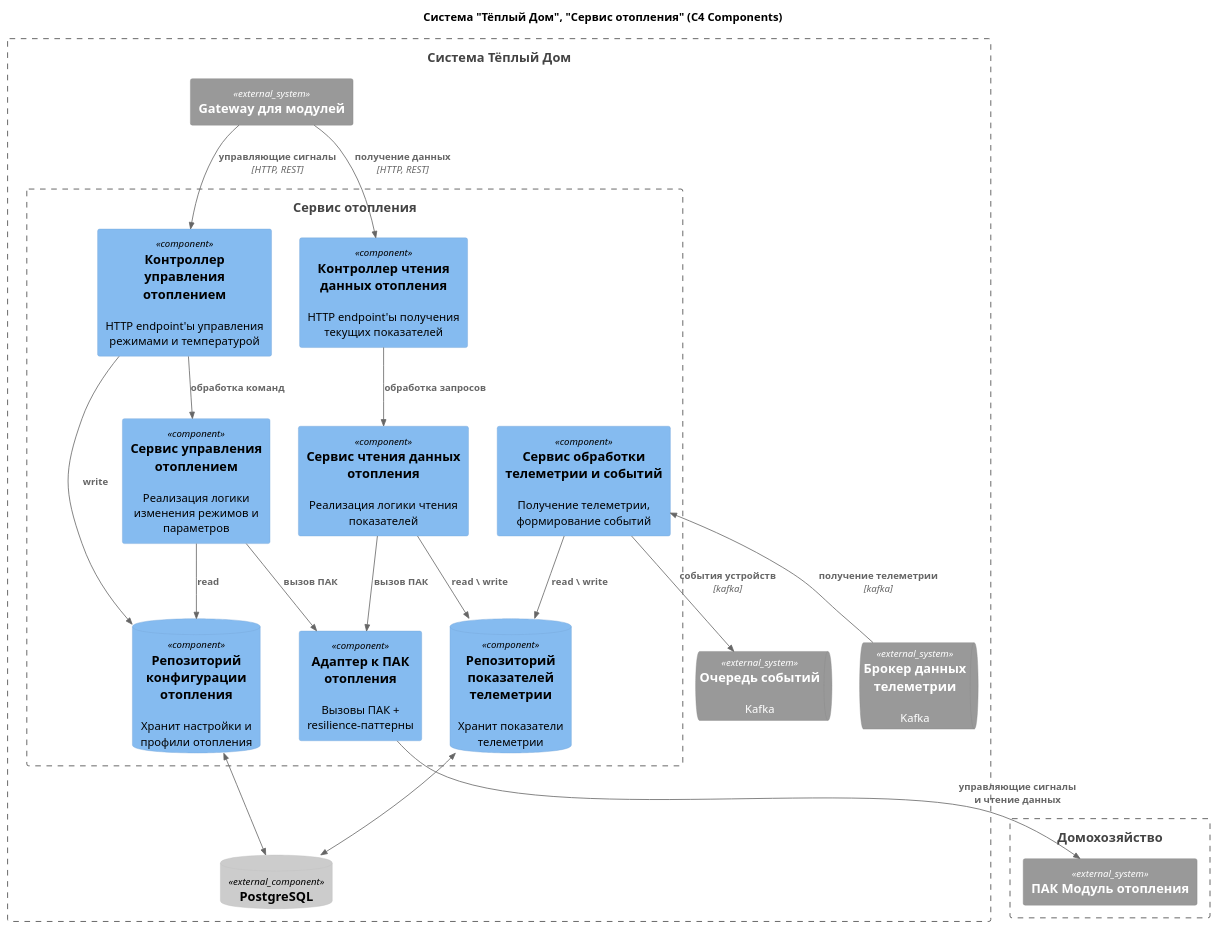
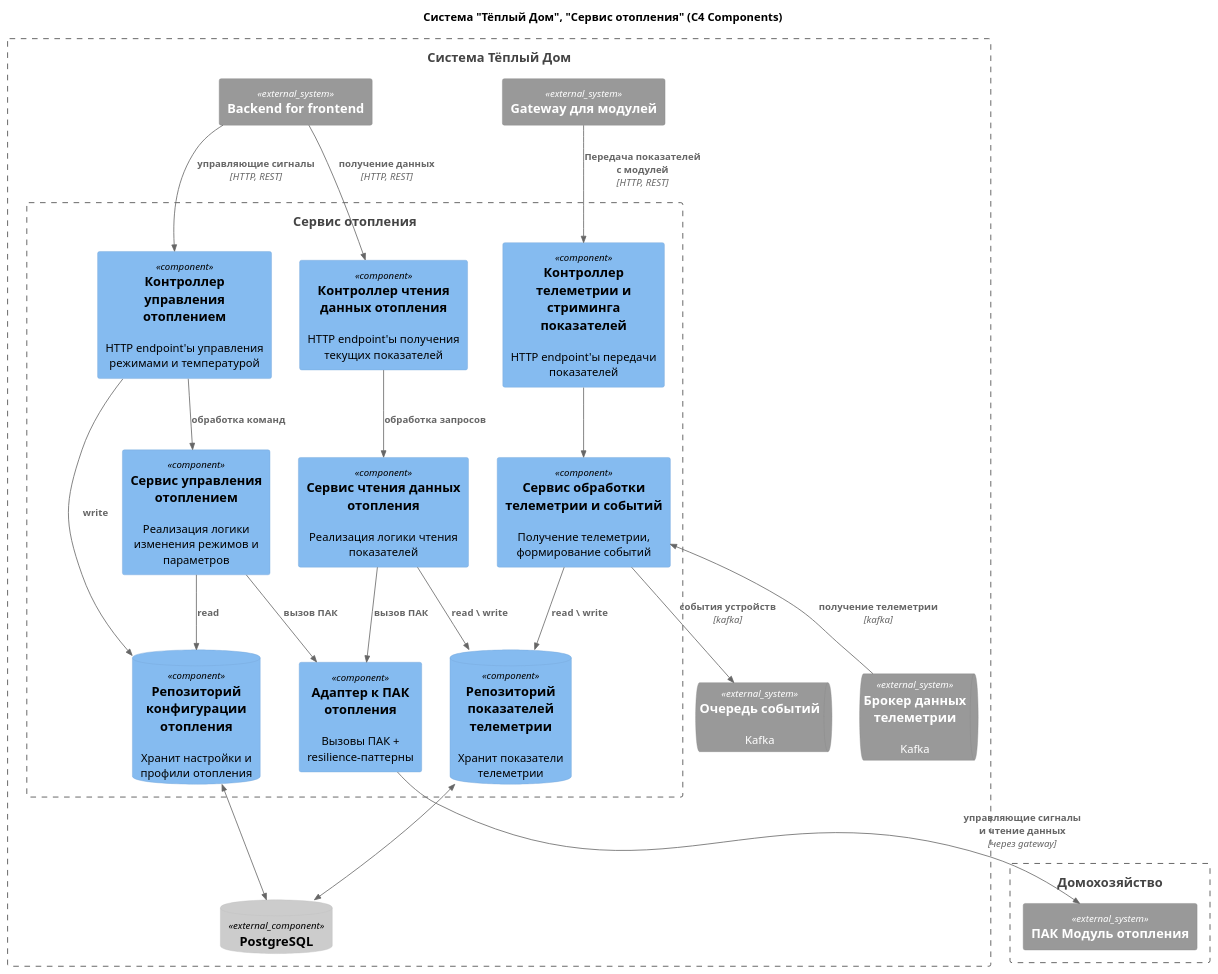
Before and after one commit to kalach77rus/warmhouse: the diagram in schemas/components/WarmHouse_Components_heat.puml, drawn with PlantUML. The commit also changed 1 other file, not shown here.

```diff
--- a/schemas/components/WarmHouse_Components_heat.puml
+++ b/schemas/components/WarmHouse_Components_heat.puml
@@ -1,52 +1,56 @@
 @startuml warmhouse heat components diagram
 !include ../assets/C4_templates/C4_Component.puml
 
 title Система "Тёплый Дом", "Сервис отопления" (C4 Components)
 
 Boundary(main, "Система Тёплый Дом") {
 
     Boundary(service, "Сервис отопления") {
         Component(heat_ctrl, "Контроллер управления отоплением", "", "HTTP endpoint'ы управления режимами и температурой")
         Component(heat_query_ctrl, "Контроллер чтения данных отопления", "", "HTTP endpoint'ы получения текущих показателей")
+        Component(streaming_ctrl, "Контроллер телеметрии и стриминга показателей", "", "HTTP endpoint'ы передачи показателей")
 
         Component(heat_command_srv, "Сервис управления отоплением", "", "Реализация логики изменения режимов и параметров")
         Component(heat_query_srv, "Сервис чтения данных отопления", "", "Реализация логики чтения показателей")
         Component(module_adapter, "Адаптер к ПАК отопления", "", "Вызовы ПАК + resilience-паттерны")
         Component(events_srv, "Сервис обработки телеметрии и событий", "", "Получение телеметрии, формирование событий")
 
         ComponentDb(config_repo, "Репозиторий конфигурации отопления", "", "Хранит настройки и профили отопления")
         ComponentDb(tele_repo, "Репозиторий показателей телеметрии", "", "Хранит показатели телеметрии")
     }
 
     ComponentDb_Ext(pgdb, "PostgreSQL", "", "")
     System_Ext(gateway, "Gateway для модулей", "", "")
+    System_Ext(bff, "Backend for frontend", "", "")
     SystemQueue_Ext(event_queue, "Очередь событий", "Kafka", "")
     SystemQueue_Ext(message_broker, "Брокер данных телеметрии", "Kafka", "")
 
 }
 
 Boundary(home, "Домохозяйство") {
     System_Ext(heat_module, "ПАК Модуль отопления", "")
 }
 
-Rel(gateway, heat_ctrl, "управляющие сигналы", "HTTP, REST")
-Rel(gateway, heat_query_ctrl, "получение данных", "HTTP, REST")
+Rel(gateway, streaming_ctrl, "Передача показателей с модулей", "HTTP, REST")
+Rel(bff, heat_ctrl, "управляющие сигналы", "HTTP, REST")
+Rel(bff, heat_query_ctrl, "получение данных", "HTTP, REST")
 
 Rel(heat_ctrl, heat_command_srv, "обработка команд")
 Rel(heat_query_ctrl, heat_query_srv, "обработка запросов")
 Rel(heat_command_srv, module_adapter, "вызов ПАК")
 Rel(heat_query_srv, module_adapter, "вызов ПАК")
+Rel(streaming_ctrl, events_srv, "")
 
-Rel(module_adapter, heat_module, "управляющие сигналы и чтение данных")
+Rel(module_adapter, heat_module, "управляющие сигналы и чтение данных", "через gateway")
 
 Rel_U(message_broker, events_srv, "получение телеметрии", "kafka")
 Rel(events_srv, event_queue, "события устройств", "kafka")
 Rel(events_srv, tele_repo, "read \ write")
 
 Rel(heat_command_srv, config_repo, "read")
 Rel(heat_query_srv, tele_repo, "read \ write")
 Rel_D(heat_ctrl, config_repo, "write")
 BiRel_D(config_repo, pgdb, "")
 BiRel_D(tele_repo, pgdb, "")
 
 @enduml
```
